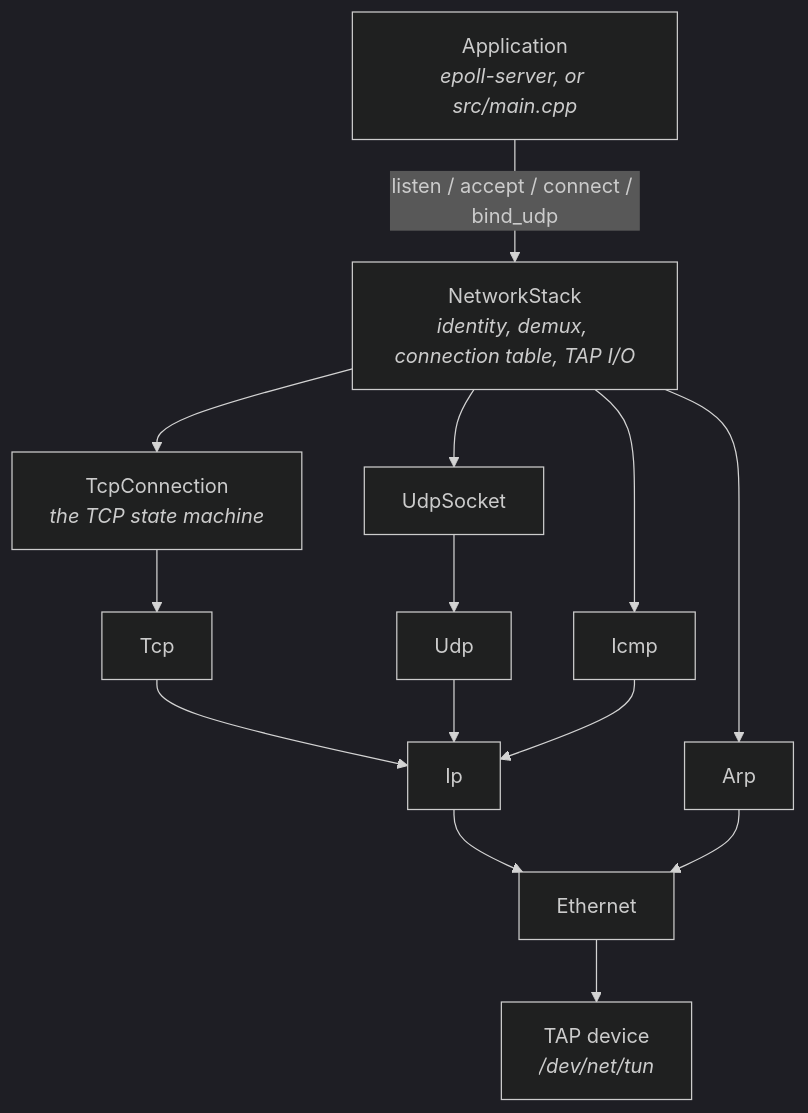
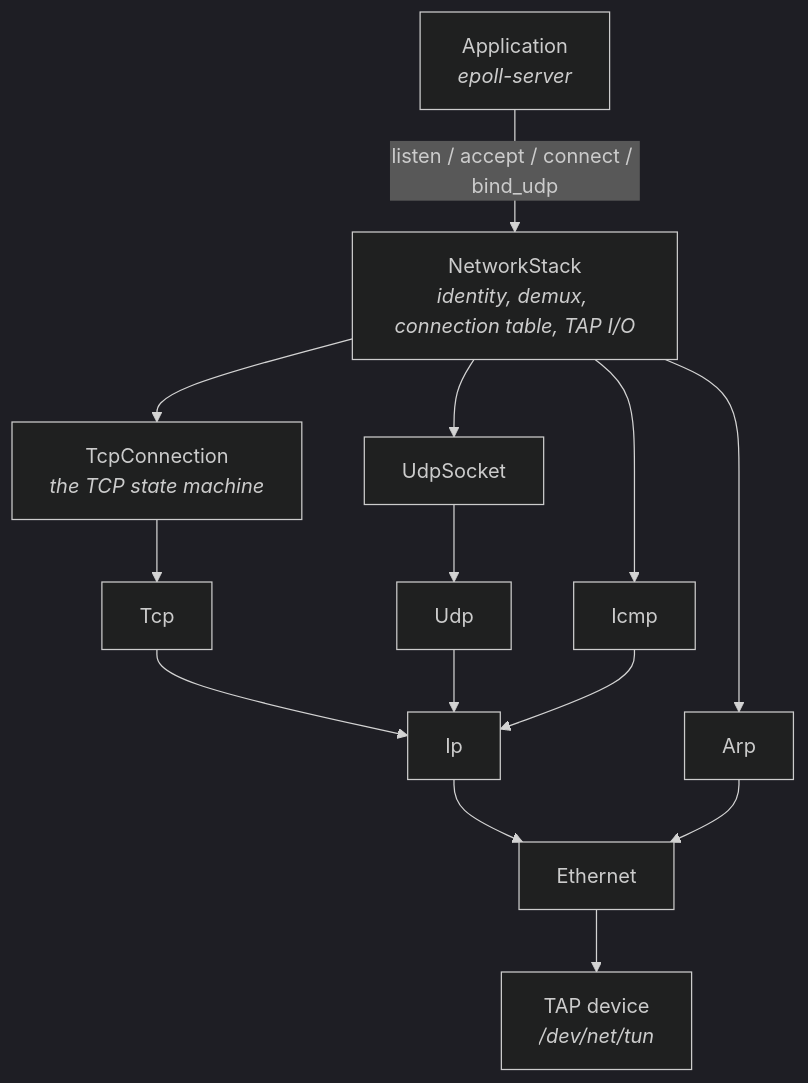
The diagram in README.md (KoganTheDev/tcp-ip-stack), drawn with Mermaid (dark theme) before and after one commit. The commit also changed other lines of this file and 5 other files, not shown here.

````diff
--- a/README.md
+++ b/README.md
@@ -11,28 +11,28 @@
 ```mermaid
 graph TD
-    APP["Application<br/><i>epoll-server, or src/main.cpp</i>"]
+    APP["Application<br/><i>epoll-server</i>"]
     NS["NetworkStack<br/><i>identity, demux, connection table, TAP I/O</i>"]
     TCPC["TcpConnection<br/><i>the TCP state machine</i>"]
     UDPS["UdpSocket"]
     ICMP["Icmp"]
     TCP["Tcp"]
     UDP["Udp"]
     IP["Ip"]
     ARP["Arp"]
     ETH["Ethernet"]
     TAP["TAP device<br/><i>/dev/net/tun</i>"]
 
     APP -->|"listen / accept / connect / bind_udp"| NS
     NS --> TCPC
     NS --> UDPS
     NS --> ICMP
     TCPC --> TCP
     UDPS --> UDP
     TCP --> IP
     UDP --> IP
     ICMP --> IP
     IP --> ETH
     ARP --> ETH
     NS --> ARP
     ETH --> TAP
 ```
````
